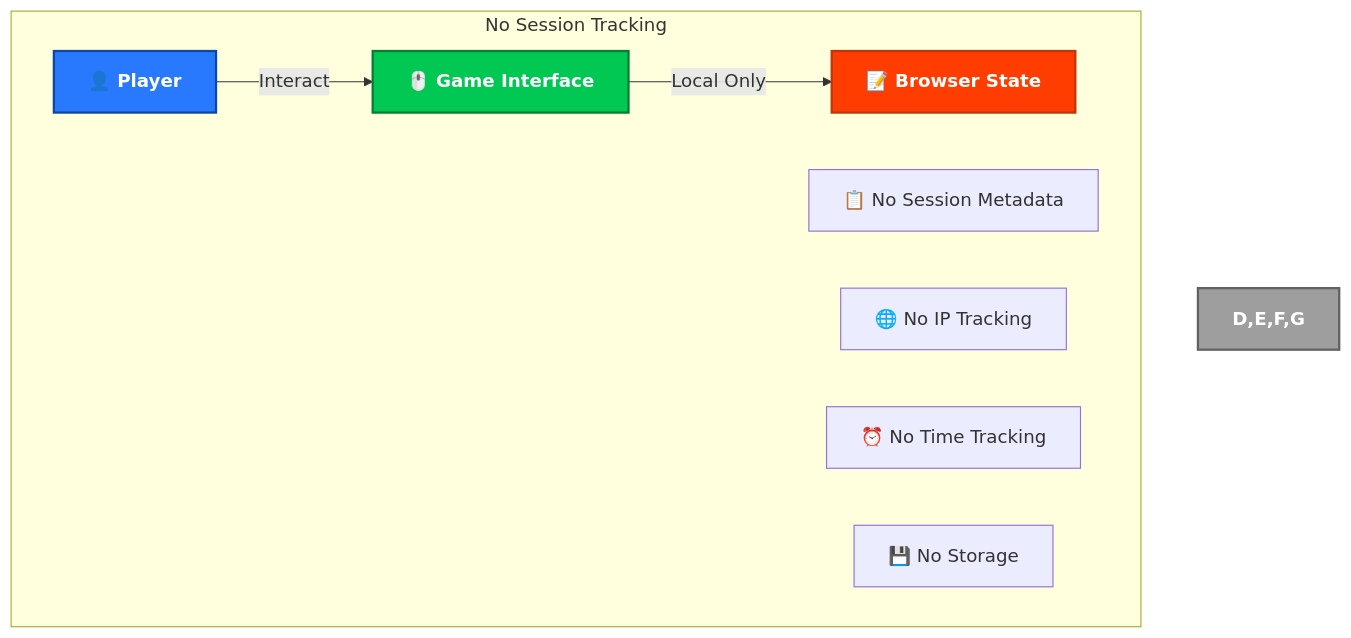
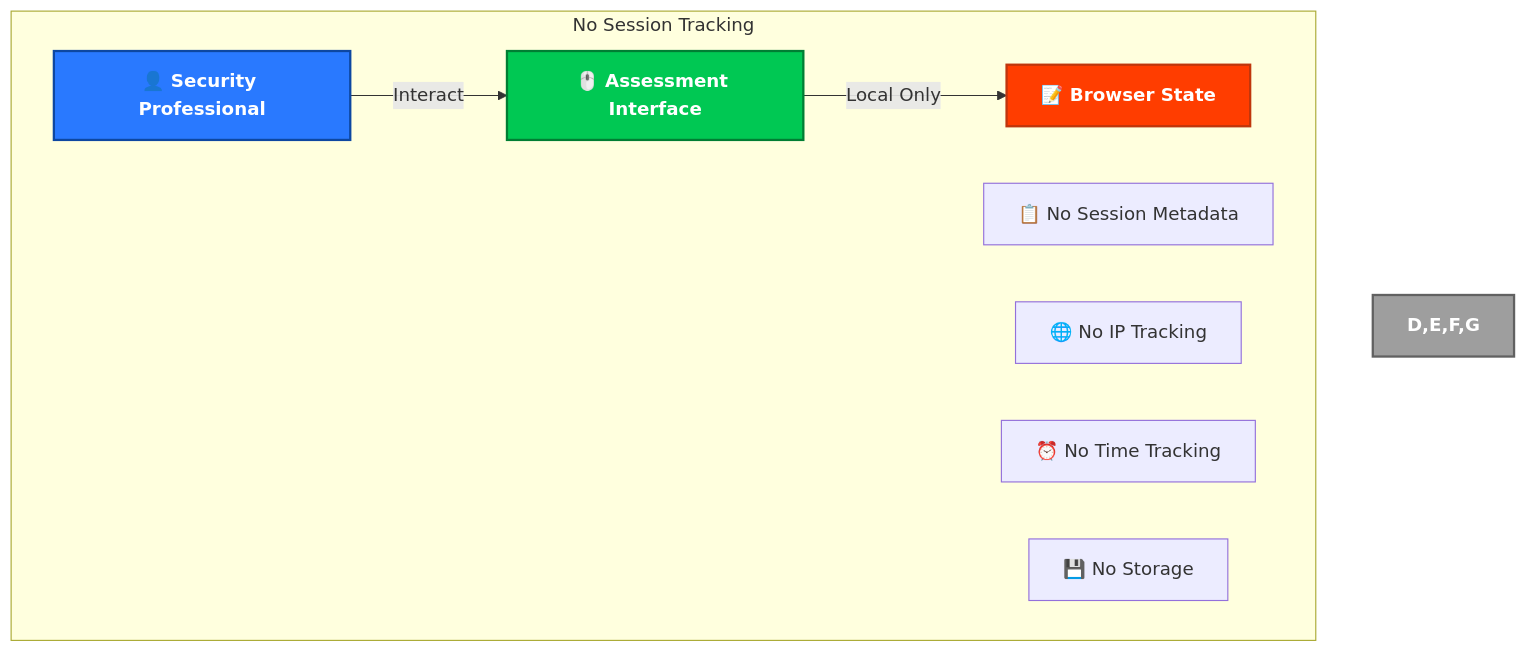
The third of 29 diagrams in docs/architecture/SECURITY_ARCHITECTURE.md (Hack23/cia-compliance-manager), drawn with Mermaid before and after one commit. The commit also changed other lines of this file and 3 other files, not shown here.

````diff
--- a/docs/architecture/SECURITY_ARCHITECTURE.md
+++ b/docs/architecture/SECURITY_ARCHITECTURE.md
@@ -159,17 +160,17 @@
 ```mermaid
 flowchart TD
     subgraph "No Session Tracking"
-        A[👤 Player] -->|"Interact"| B[🖱️ Game Interface]
+        A[👤 Security Professional] -->|"Interact"| B[🖱️ Assessment Interface]
         B -->|"Local Only"| C[📝 Browser State]
 
         D[📋 No Session Metadata]
         E[🌐 No IP Tracking]
         F[⏰ No Time Tracking]
         G[💾 No Storage]
     end
 
     style A fill:#2979FF,stroke:#0D47A1,stroke-width:2px,color:white,font-weight:bold
     style B fill:#00C853,stroke:#007E33,stroke-width:2px,color:white,font-weight:bold
     style C fill:#FF3D00,stroke:#BF360C,stroke-width:2px,color:white,font-weight:bold
     style D,E,F,G fill:#9E9E9E,stroke:#616161,stroke-width:2px,color:white,font-weight:bold
 ```
````
